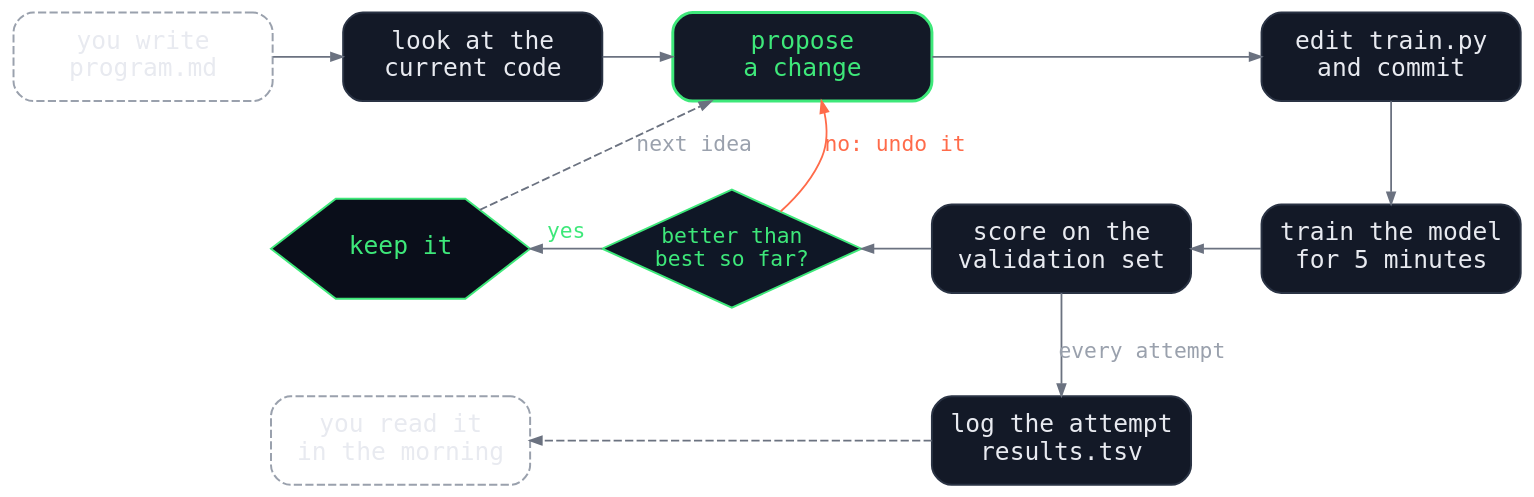
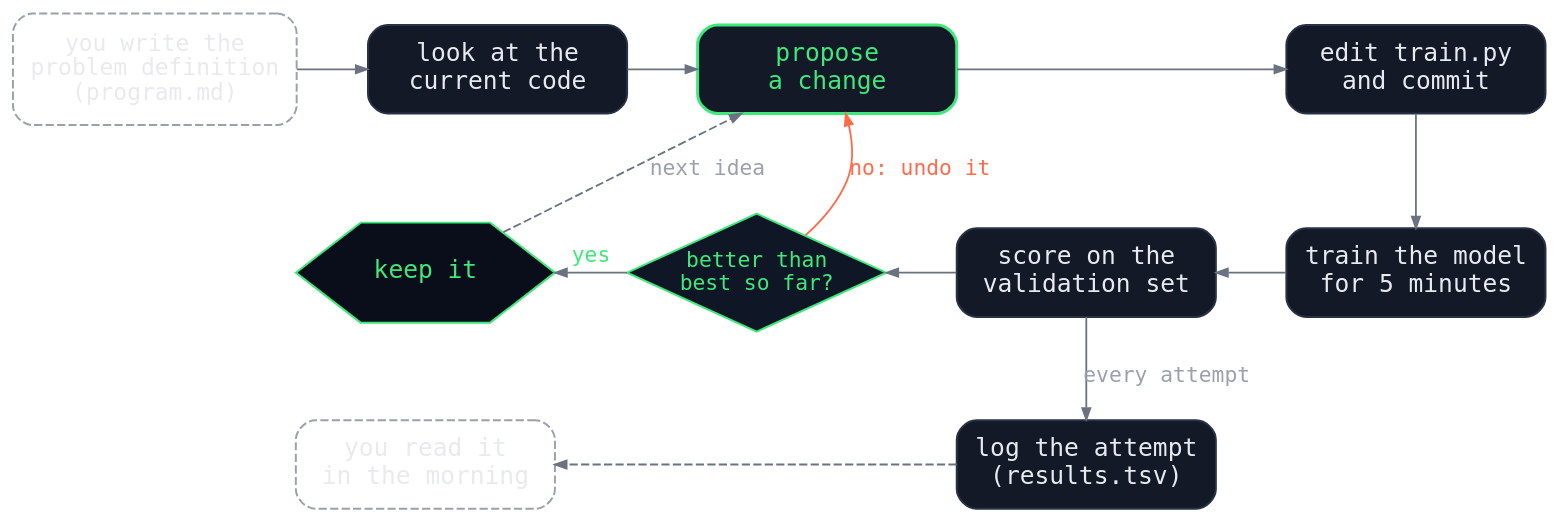
The diagram in src/posts/ai-scientist/autoresearch-loop.dot (marketneutral/marketneutral.github.io), drawn with Graphviz before and after one commit. The commit also changed 2 other files, not shown here.

Commit message:
Call program.md the problem definition
Claude-Session: https://claude.ai/code/session_01Max3RMphtE2c6Ae5fz2Jar

```diff
--- a/src/posts/ai-scientist/autoresearch-loop.dot
+++ b/src/posts/ai-scientist/autoresearch-loop.dot
@@ -1,60 +1,60 @@
 // Source for autoresearch-loop.svg. Re-render with:
 //   dot -Tsvg autoresearch-loop.dot -o autoresearch-loop.svg
 // Deliberately mirrors scientific-method.dot: the same two-row layout, with
 // each step relabelled as the step autoresearch runs in its place. A third
 // row adds the log. Every step is the agent's unless it says "you".
 digraph autoresearch {
   rankdir=TB;
   bgcolor="transparent";
   pad=0.25;
   nodesep=0.30;
   ranksep=0.55;
   fontname="IBM Plex Mono, Menlo, DejaVu Sans Mono, monospace";
   node [shape=box, style="rounded,filled", fillcolor="#131927", color="#2a3344",
         fontcolor="#e8eaf0", fontname="IBM Plex Mono, Menlo, DejaVu Sans Mono, monospace",
         fontsize=15, margin="0.10,0.14", penwidth=1.2, width=2.2, height=0.75, fixedsize=true];
   edge [color="#6b7280", arrowsize=0.7, penwidth=1.1,
         fontname="IBM Plex Mono, Menlo, DejaVu Sans Mono, monospace",
         fontsize=13, fontcolor="#9aa1ad"];
 
-  PM   [label="you write\nprogram.md", style="rounded,dashed", color="#9aa1ad"];
+  PM   [label="you write the\nproblem definition\n(program.md)", style="rounded,dashed", color="#9aa1ad", width=2.4, height=0.95, fontsize=14];
   READ [label="look at the\ncurrent code"];
   H    [label="propose\na change", color="#3ee87a", fontcolor="#3ee87a", penwidth=1.8];
   P    [label="edit train.py\nand commit"];
   T    [label="keep it", shape=hexagon, style="filled", fillcolor="#0a0e1a",
         color="#3ee87a", fontcolor="#3ee87a", margin="0.04,0.02", width=2.2, height=0.85, fixedsize=true];
   D    [shape=diamond, style="filled", fillcolor="#0f1726", color="#3ee87a",
         fontcolor="#3ee87a", label="better than\nbest so far?", margin="0.04,0.02", fontsize=13, width=2.2, height=1.0, fixedsize=true];
   R    [label="score on the\nvalidation set"];
   X    [label="train the model\nfor 5 minutes"];
   YOU  [label="you read it\nin the morning", style="rounded,dashed", color="#9aa1ad"];
-  LOG  [label="log the attempt\nresults.tsv"];
+  LOG  [label="log the attempt\n(results.tsv)"];
 
   { rank=same; PM; READ; H; P; }
   { rank=same; T; D; R; X; }
   { rank=same; YOU; LOG; }
 
   // top row, left to right
   PM -> READ [constraint=false];
   READ -> H [constraint=false];
   H -> P [constraint=false];
 
   // carriage return
   P -> X;
 
   // bottom row, right to left
   X -> R [constraint=false];
   R -> D [constraint=false];
   D -> T [constraint=false, label="yes", fontcolor="#3ee87a"];
 
   // feedback
   T -> H [style=dashed, label="next idea", constraint=false, fontcolor="#9aa1ad"];
   D -> H [label="no: undo it", constraint=false, color="#ff6b4a", fontcolor="#ff6b4a"];
 
   // third row: every attempt, kept or not, goes in the log
   R -> LOG [label="every attempt"];
   LOG -> YOU [constraint=false, style=dashed];
 
   // keep the third row under the middle of the diagram
   T -> YOU [style=invis];
 }
```
